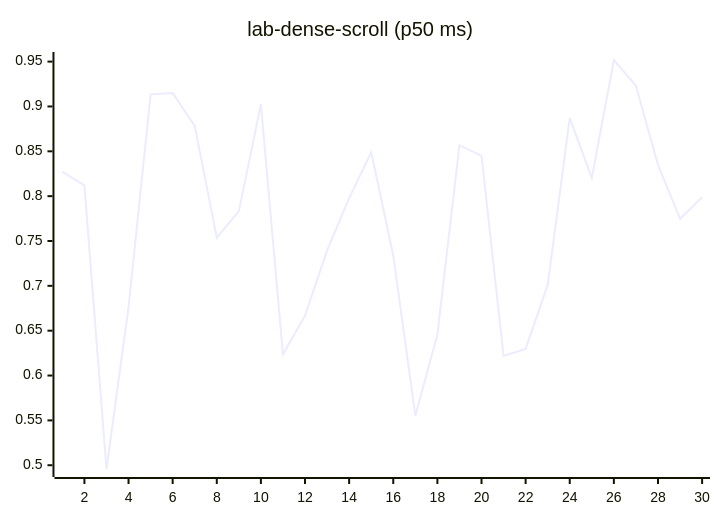
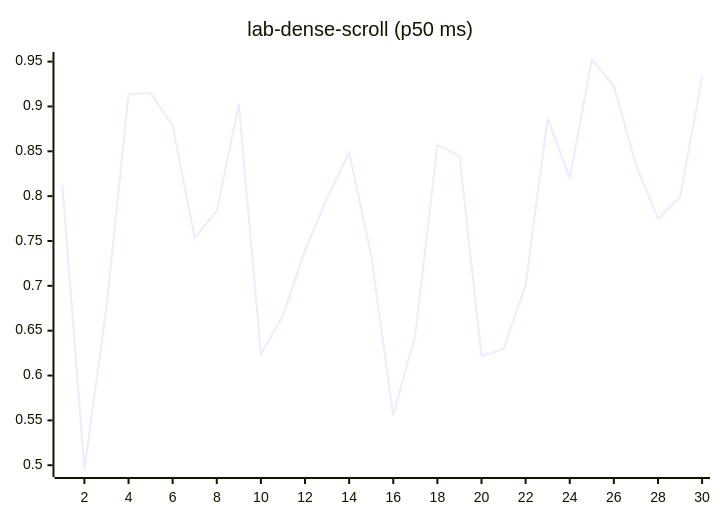
One commit to josha/Facet changed diagram 12 of 27 in README.md. Above: the diagram before and after it, drawn with Mermaid. The commit also changed other lines of this file and 2 other files, not shown here.

````diff
--- a/README.md
+++ b/README.md
@@ -140,6 +140,6 @@
 ```mermaid
 xychart-beta
     title "lab-dense-scroll (p50 ms)"
     x-axis 1 --> 30
-    line [0.8271, 0.8121, 0.4958, 0.6764, 0.9135, 0.9149, 0.8783, 0.7537, 0.7833, 0.9024, 0.6238, 0.6669, 0.7395, 0.7979, 0.8489, 0.7339, 0.5552, 0.6458, 0.8568, 0.8450, 0.6219, 0.6297, 0.7010, 0.8871, 0.8203, 0.9518, 0.9230, 0.8349, 0.7748, 0.7987]
+    line [0.8121, 0.4958, 0.6764, 0.9135, 0.9149, 0.8783, 0.7537, 0.7833, 0.9024, 0.6238, 0.6669, 0.7395, 0.7979, 0.8489, 0.7339, 0.5552, 0.6458, 0.8568, 0.8450, 0.6219, 0.6297, 0.7010, 0.8871, 0.8203, 0.9518, 0.9230, 0.8349, 0.7748, 0.7987, 0.9331]
 ```
````
